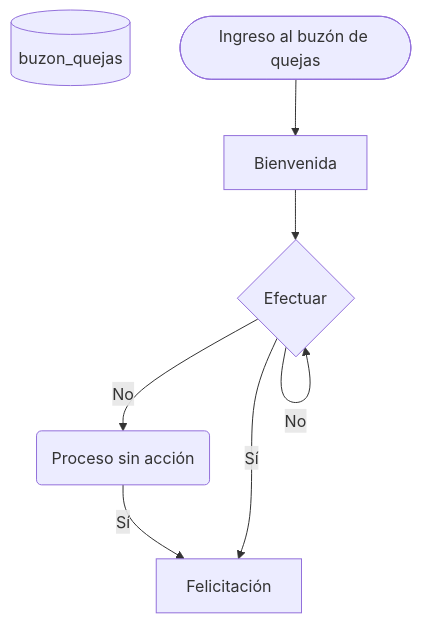
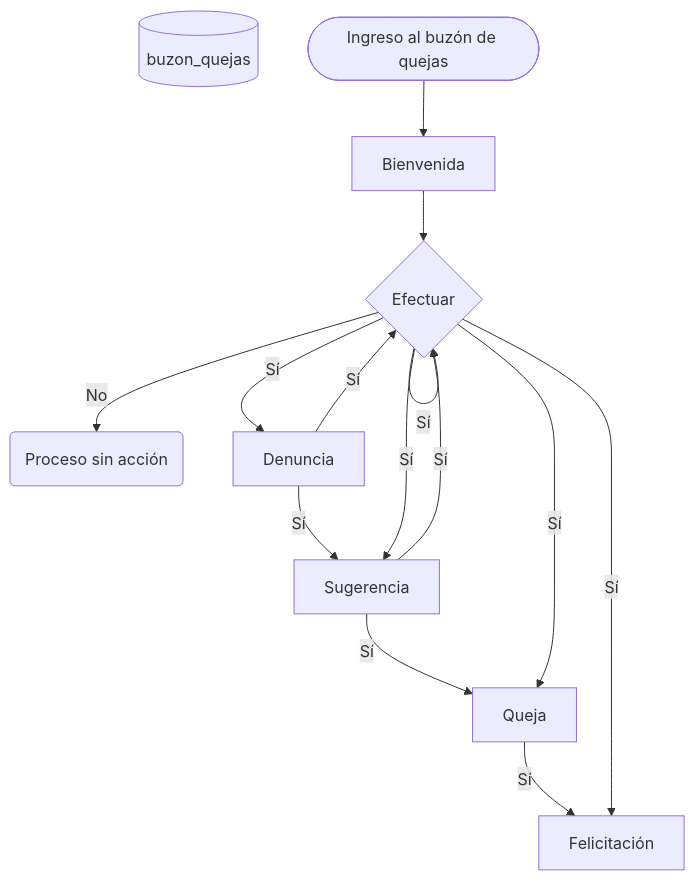
One commit to untalmike/mailbox changed the diagram in README.md. Above: the diagram before and after it, drawn with Mermaid.

Commit message:
Pruebas con el README

````diff
--- a/README.md
+++ b/README.md
@@ -40,12 +40,13 @@
     ```mermaid
         graph TD;
             buzonQuejas[(buzon_quejas)]
             id1([Ingreso al buzón de quejas])-->B;
             B[Bienvenida]-->C;
-            C{Efectuar}-->|No|D & C{Efectuar}-->|Sí|E;
+            C{Efectuar}-->|No|D;
+            C{Efectuar}-->|Sí|E & C{Efectuar}-->|Sí|F & C{Efectuar}-->|Sí|G & C{Efectuar}-->|Sí|H;
             D(Proceso sin acción);
             E[Denuncia];
-            E[Sugerencia];
-            E[Queja];
-            E[Felicitación];
+            F[Sugerencia];
+            G[Queja];
+            H[Felicitación];
     ```
````
